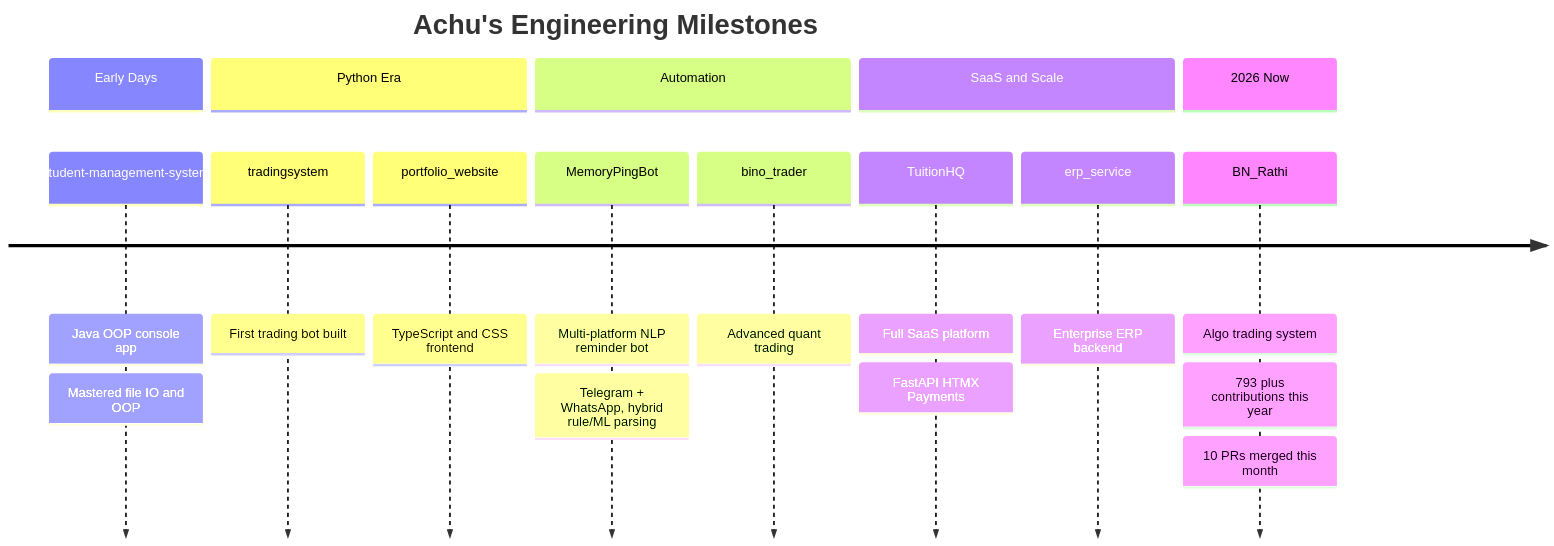
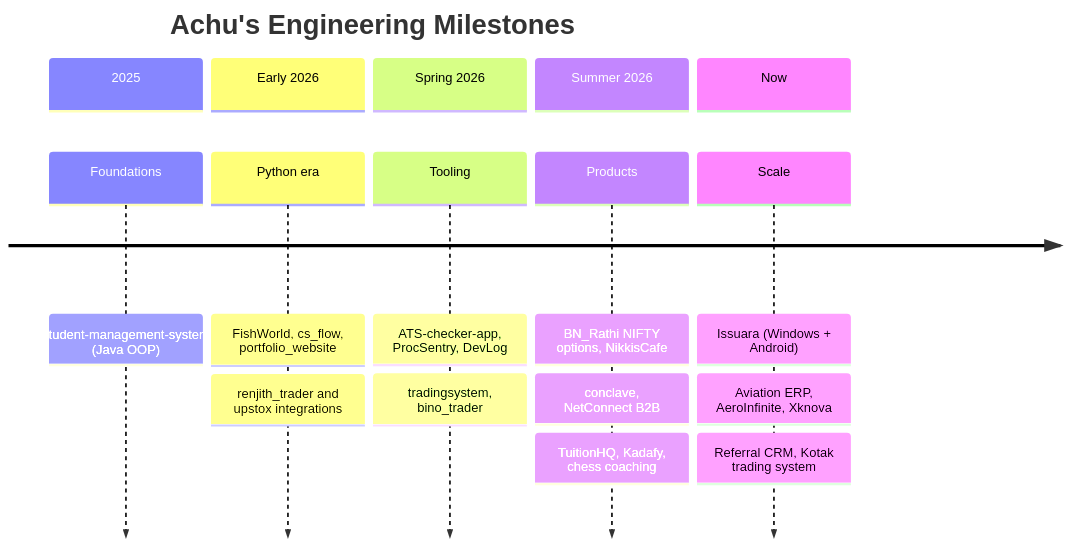
The second of 2 diagrams in README.md (achuvijayakumar/achuvijayakumar), drawn with Mermaid before and after one commit. The commit also changed other lines of this file, not shown here.

````diff
--- a/README.md
+++ b/README.md
@@ -146,22 +183,20 @@
 ```mermaid
 timeline
     title Achu's Engineering Milestones
-    section Early Days
-      student-management-system : Java OOP console app
-                                 : Mastered file IO and OOP
-    section Python Era
-      tradingsystem             : First trading bot built
-      portfolio_website         : TypeScript and CSS frontend
-    section Automation
-      MemoryPingBot          : Multi-platform NLP reminder bot
-                        : Telegram + WhatsApp, hybrid rule/ML parsing
-      bino_trader               : Advanced quant trading
-    section SaaS and Scale
-      TuitionHQ                   : Full SaaS platform
-                                : FastAPI HTMX Payments
-        erp_service           : Enterprise ERP backend
-    section 2026 Now
-      BN_Rathi                  : Algo trading system
-                                : 793 plus contributions this year
-                                : 10 PRs merged this month
+    section 2025
+      Foundations : student-management-system (Java OOP)
+    section Early 2026
+      Python era : FishWorld, cs_flow, portfolio_website
+                 : renjith_trader and upstox integrations
+    section Spring 2026
+      Tooling : ATS-checker-app, ProcSentry, DevLog
+              : tradingsystem, bino_trader
+    section Summer 2026
+      Products : BN_Rathi NIFTY options, NikkisCafe
+               : conclave, NetConnect B2B
+               : TuitionHQ, Kadafy, chess coaching
+    section Now
+      Scale : Issuara (Windows + Android)
+            : Aviation ERP, AeroInfinite, Xknova
+            : Referral CRM, Kotak trading system
 ```
````
